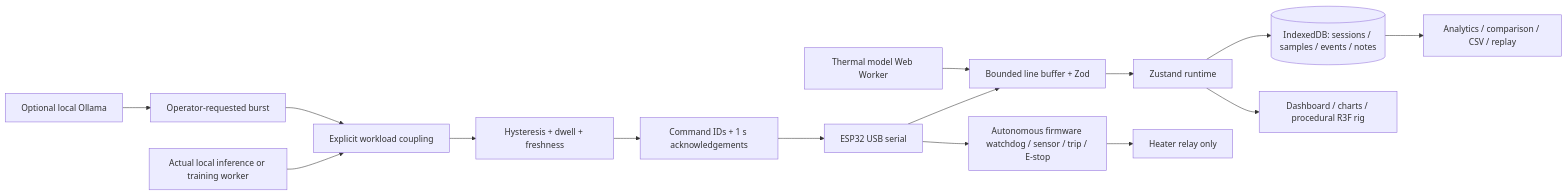
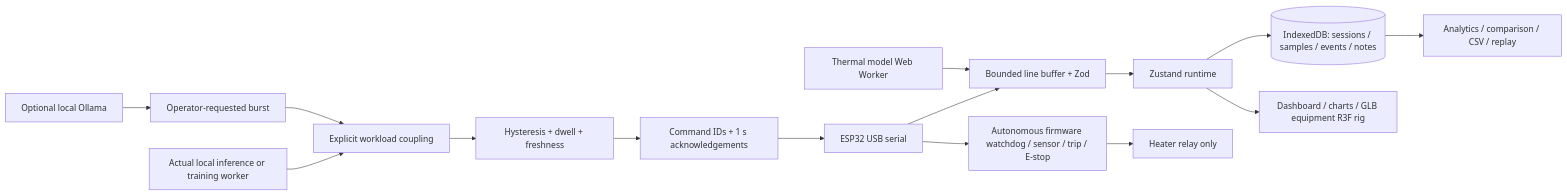
One commit to kishore-23MIC0100/THERMO-GREEN changed the diagram in docs/architecture/README.md. Above: the diagram before and after it, drawn with Mermaid. The commit also changed other lines of this file and 49 other files, not shown here.

````diff
--- a/docs/architecture/README.md
+++ b/docs/architecture/README.md
@@ -3,17 +3,17 @@
 ```mermaid
 flowchart LR
   USB[ESP32 USB serial] --> Parse[Bounded line buffer + Zod]
   Sim[Thermal model Web Worker] --> Parse
   Parse --> Runtime[Zustand runtime]
   Runtime --> DB[(IndexedDB: sessions / samples / events / notes)]
-  Runtime --> UI[Dashboard / charts / procedural R3F rig]
+  Runtime --> UI[Dashboard / charts / GLB equipment R3F rig]
   DB --> Analytics[Analytics / comparison / CSV / replay]
   Compute[Actual local inference or training worker] --> Demand[Explicit workload coupling]
   LLM[Optional local Ollama] --> Operator[Operator-requested burst]
   Operator --> Demand
   Demand --> Control[Hysteresis + dwell + freshness]
   Control --> Queue[Command IDs + 1 s acknowledgements]
   Queue --> USB
   USB --> Safety[Autonomous firmware watchdog / sensor / trip / E-stop]
   Safety --> Relay[Heater relay only]
 ```
````
